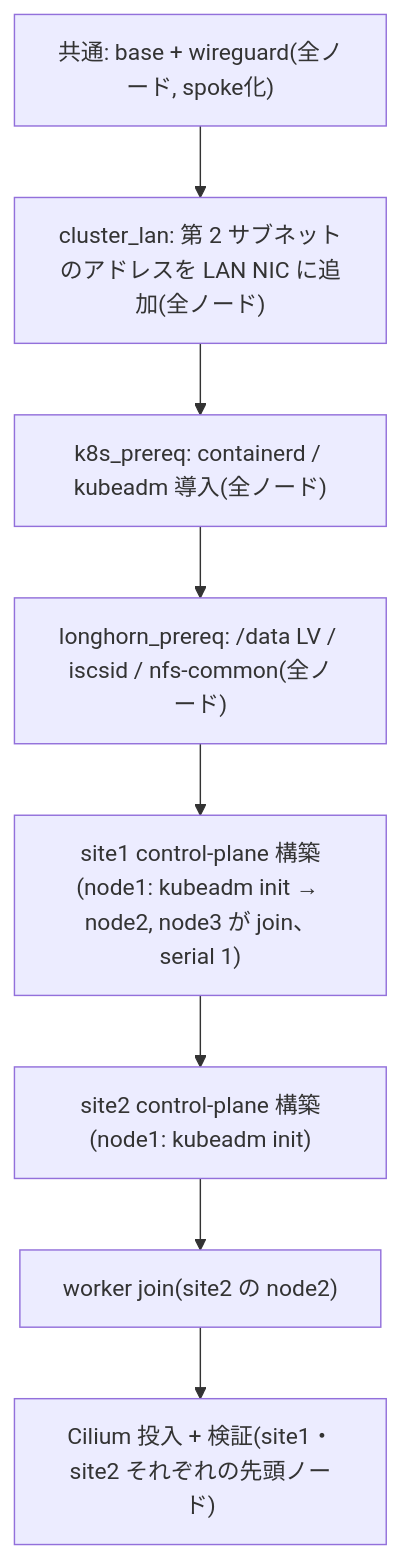
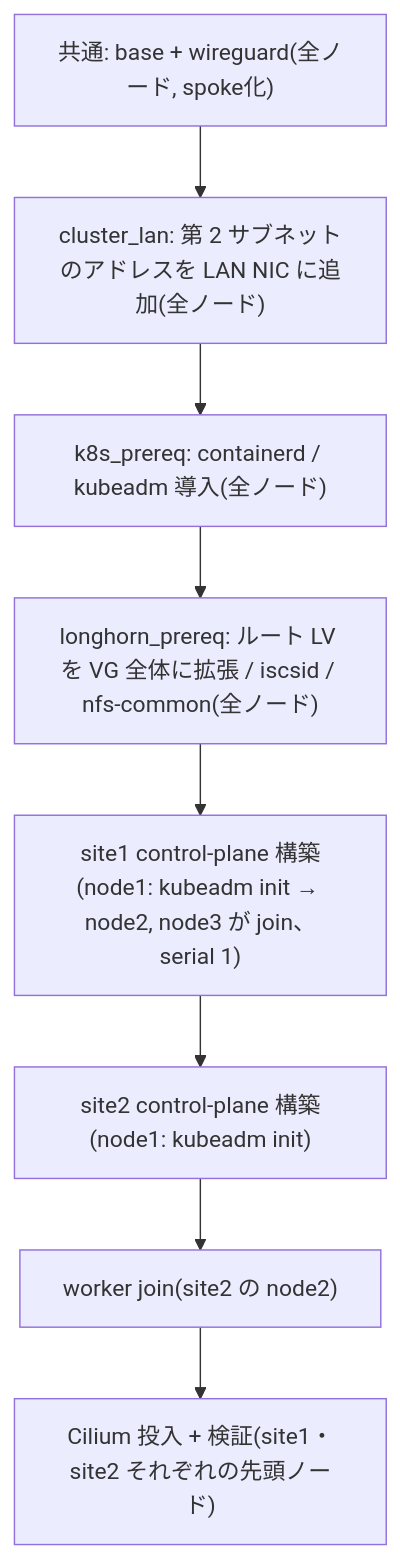
Before and after one commit to morinoparty/moripa-infra: the diagram in docs/content/docs/admin/ansible.mdx, drawn with Mermaid. The commit also changed other lines of this file and 5 other files, not shown here.

````diff
--- a/docs/content/docs/admin/ansible.mdx
+++ b/docs/content/docs/admin/ansible.mdx
@@ -77,10 +77,10 @@
 ```mermaid
 flowchart TD
     A["共通: base + wireguard(全ノード, spoke化)"] --> A2["cluster_lan: 第 2 サブネットのアドレスを LAN NIC に追加(全ノード)"]
     A2 --> B["k8s_prereq: containerd / kubeadm 導入(全ノード)"]
-    B --> B2["longhorn_prereq: /data LV / iscsid / nfs-common(全ノード)"]
+    B --> B2["longhorn_prereq: ルート LV を VG 全体に拡張 / iscsid / nfs-common(全ノード)"]
     B2 --> C["site1 control-plane 構築(node1: kubeadm init → node2, node3 が join、serial 1)"]
     C --> D["site2 control-plane 構築(node1: kubeadm init)"]
     D --> E["worker join(site2 の node2)"]
     E --> F["Cilium 投入 + 検証(site1・site2 それぞれの先頭ノード)"]
 ```
````
